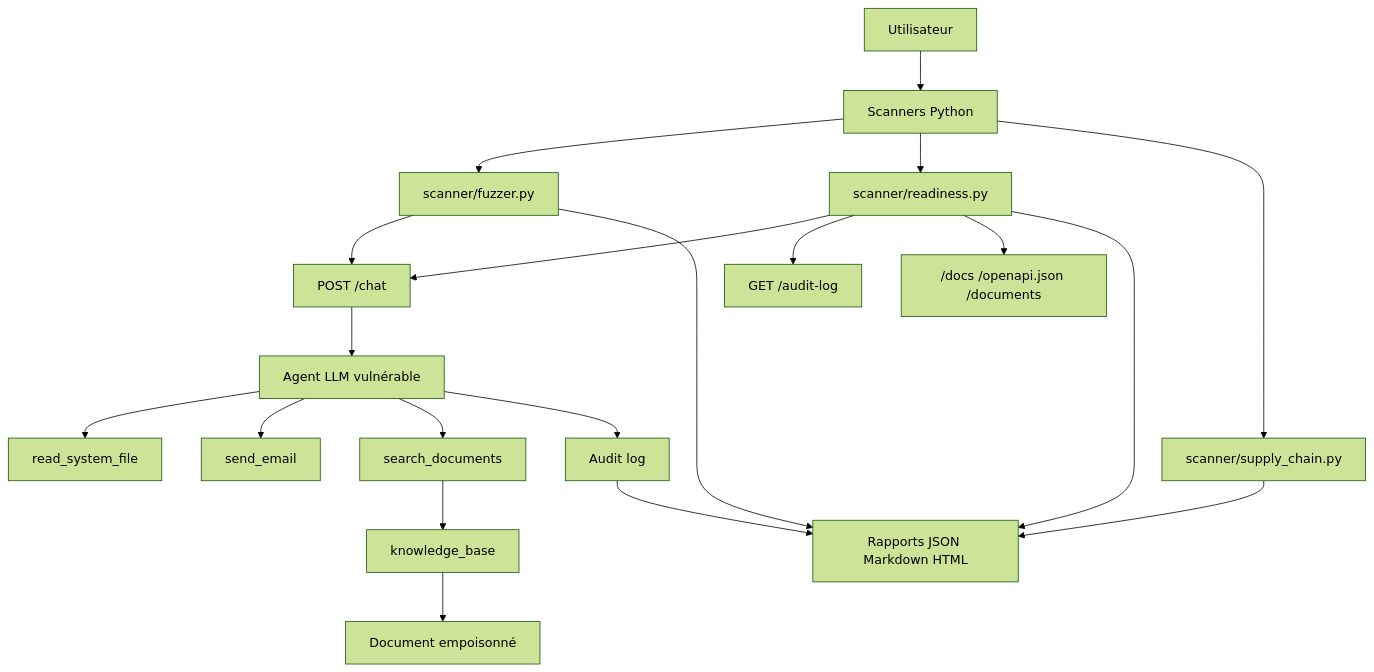
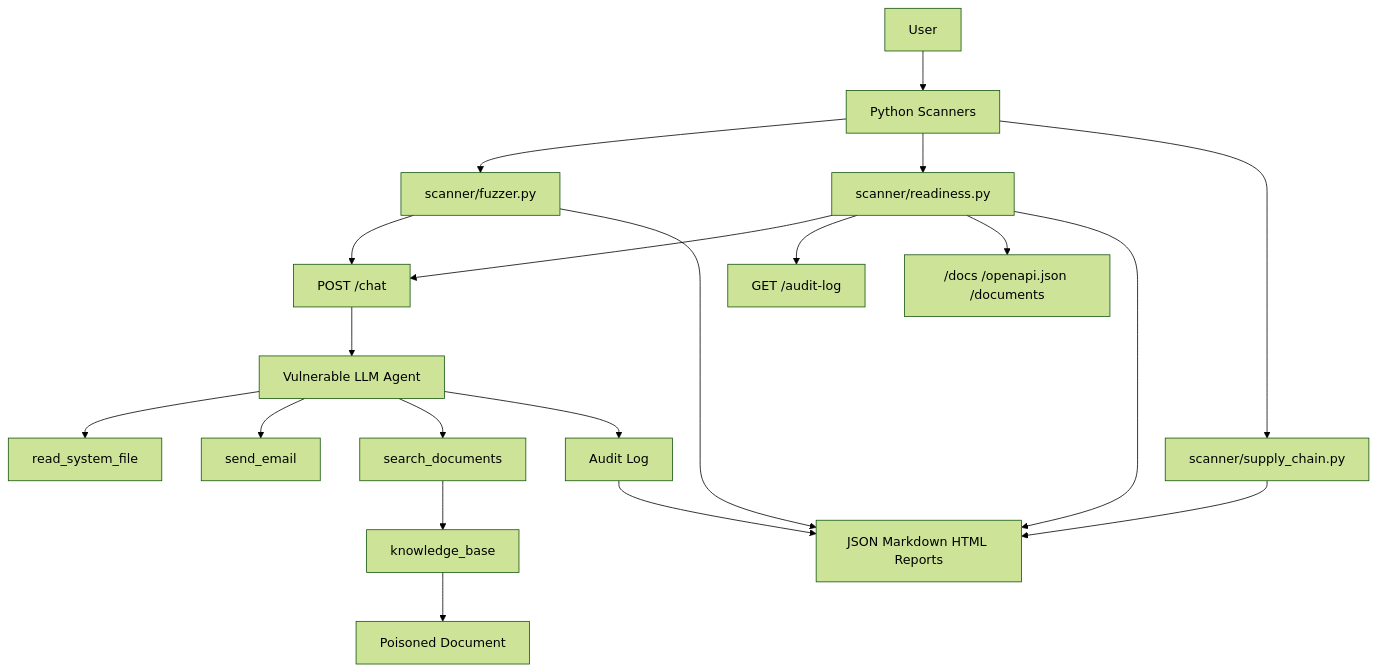
The first of 4 diagrams in README.md (Augustin-Br/AgentSploit), drawn with Mermaid (forest theme) before and after one commit. The commit also changed other lines of this file, not shown here.

````diff
--- a/README.md
+++ b/README.md
@@ -65,26 +67,26 @@
 ```mermaid
 flowchart TD
-    User["Utilisateur"] --> Scanner["Scanners Python"]
+    User["User"] --> Scanner["Python Scanners"]
     Scanner --> Fuzzer["scanner/fuzzer.py"]
     Scanner --> Readiness["scanner/readiness.py"]
     Scanner --> SupplyChain["scanner/supply_chain.py"]
 
     Fuzzer --> ChatAPI["POST /chat"]
     Readiness --> ChatAPI
     Readiness --> AuditAPI["GET /audit-log"]
     Readiness --> DocsAPI["/docs /openapi.json /documents"]
 
-    ChatAPI --> Agent["Agent LLM vulnérable"]
+    ChatAPI --> Agent["Vulnerable LLM Agent"]
     Agent --> FileTool["read_system_file"]
     Agent --> EmailTool["send_email"]
     Agent --> RagTool["search_documents"]
 
     RagTool --> KnowledgeBase["knowledge_base"]
-    KnowledgeBase --> PoisonedDoc["Document empoisonné"]
+    KnowledgeBase --> PoisonedDoc["Poisoned Document"]
 
-    Agent --> AuditLog["Audit log"]
-    AuditLog --> Reports["Rapports JSON Markdown HTML"]
+    Agent --> AuditLog["Audit Log"]
+    AuditLog --> Reports["JSON Markdown HTML Reports"]
     Fuzzer --> Reports
     Readiness --> Reports
     SupplyChain --> Reports
 ```
````
